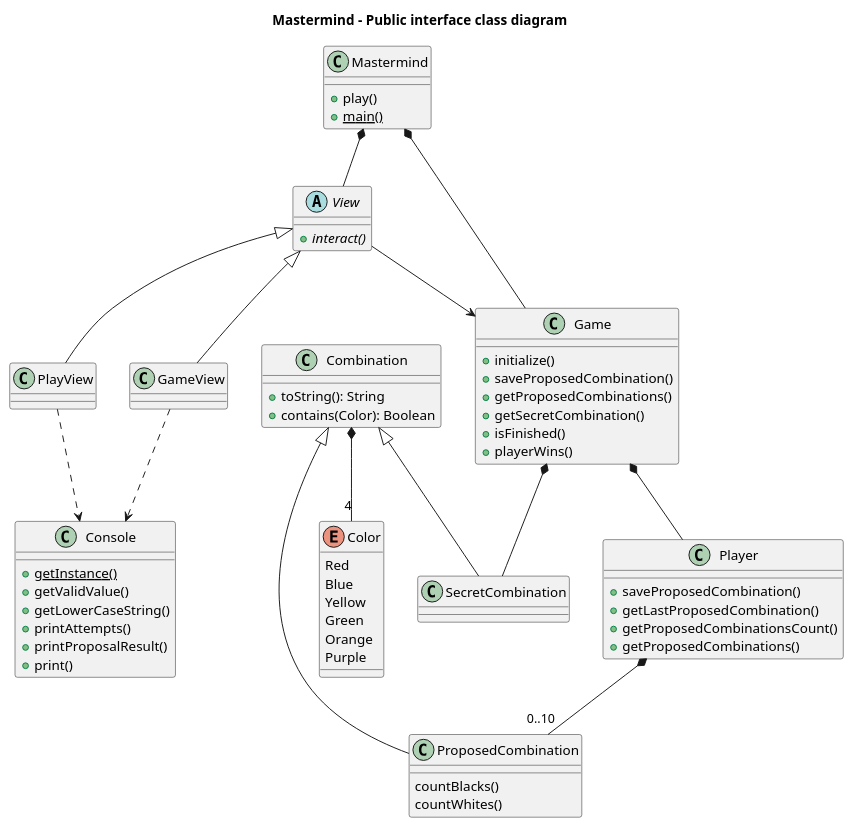
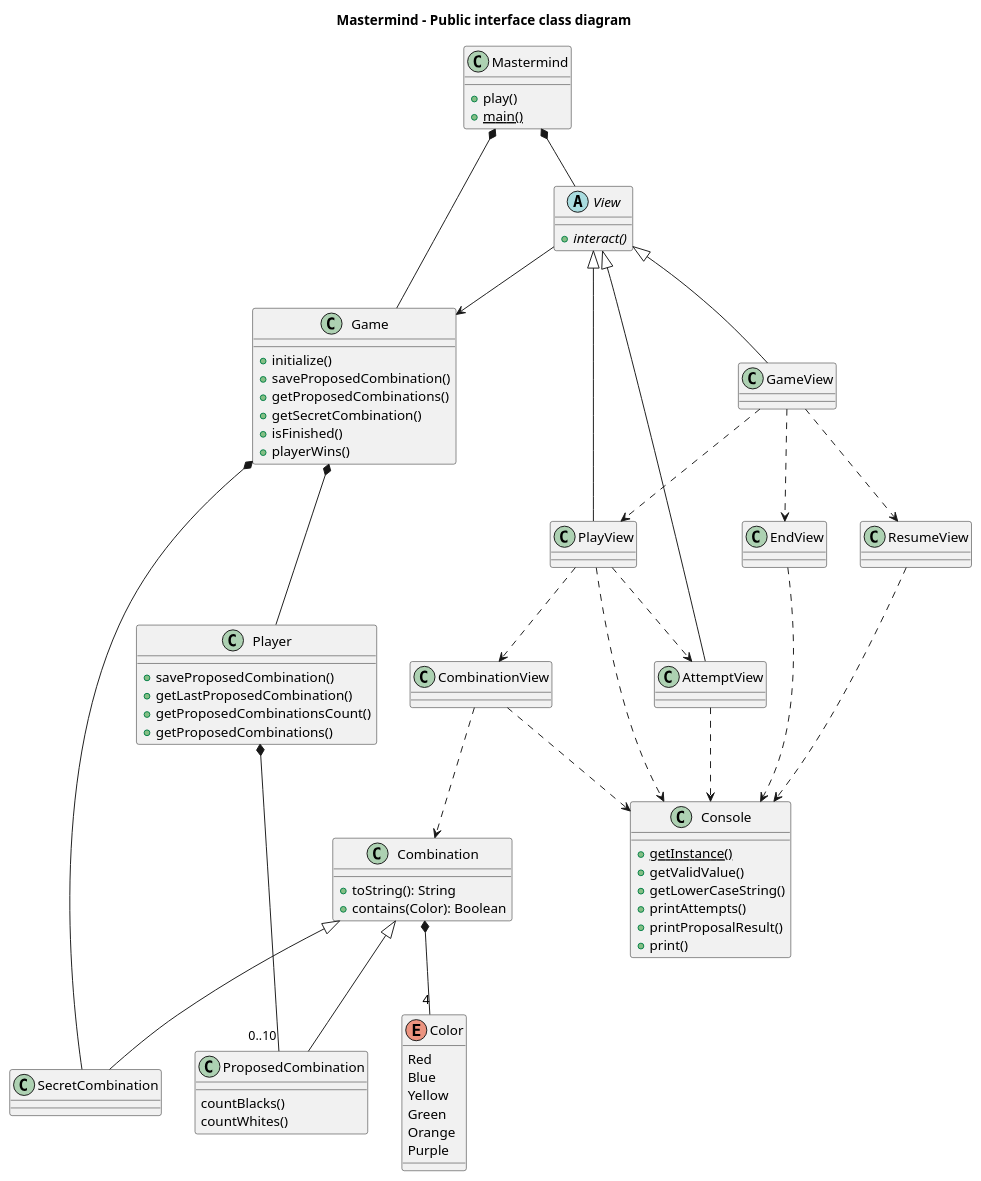
One commit to Master-Desarrollo-20-21/diseno-oo-ejercicio2-mastermind-document-view-ferllop changed the diagram in diagram.plantuml. Above: the diagram before and after it, drawn with PlantUML.

```diff
--- a/diagram.plantuml
+++ b/diagram.plantuml
@@ -1,71 +1,81 @@
 @startuml
 
 title Mastermind - Public interface class diagram
 
 class Mastermind {
     +play()
     +{static} main()
 }
 Mastermind *-- Game
 Mastermind *-- View
 
 class Game {
     +initialize()
     +saveProposedCombination()
     +getProposedCombinations()
     +getSecretCombination()
     +isFinished()
     +playerWins()
 }
 Game *-- SecretCombination
 Game *-- Player
 
 class Combination{
     +toString(): String
     +contains(Color): Boolean
 }
 Combination *-- "4" Color
 Combination <|-- SecretCombination
 Combination <|-- ProposedCombination
 
 class ProposedCombination {
     countBlacks()
     countWhites()
 }
 
 class Player {
     +saveProposedCombination()
     +getLastProposedCombination()
     +getProposedCombinationsCount()
     +getProposedCombinations()
 }
 Player *-- "0..10"ProposedCombination
 
 Enum Color {
     Red
     Blue
     Yellow
     Green
     Orange
     Purple
 }
 
+
 abstract class View {
     +{abstract}interact()
 }
 View <|-- GameView
 View <|-- PlayView
+View <|-- AttemptView
 View --> Game
+GameView ..> PlayView
+GameView ..> ResumeView
+GameView ..> EndView
+PlayView ..> AttemptView
+PlayView ..> CombinationView
+CombinationView ..> Combination
 
 class Console {
     +{static}getInstance()
     +getValidValue()
     +getLowerCaseString()
     +printAttempts()
     +printProposalResult()
     +print()
 }
-GameView ..> Console
 PlayView ..> Console
-
+AttemptView ..> Console
+ResumeView ..> Console
+EndView ..> Console
+CombinationView ..> Console
 @enduml
```
